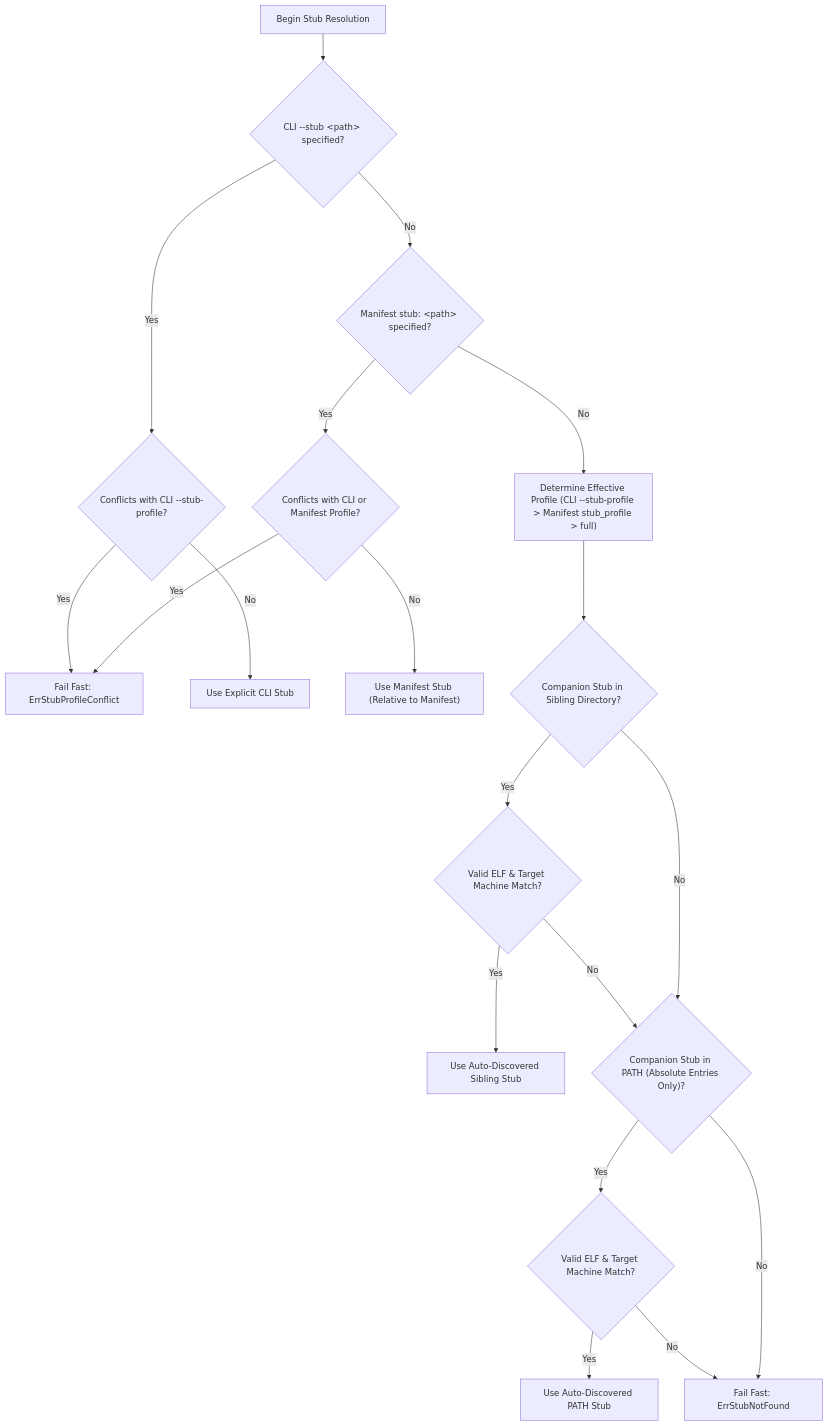
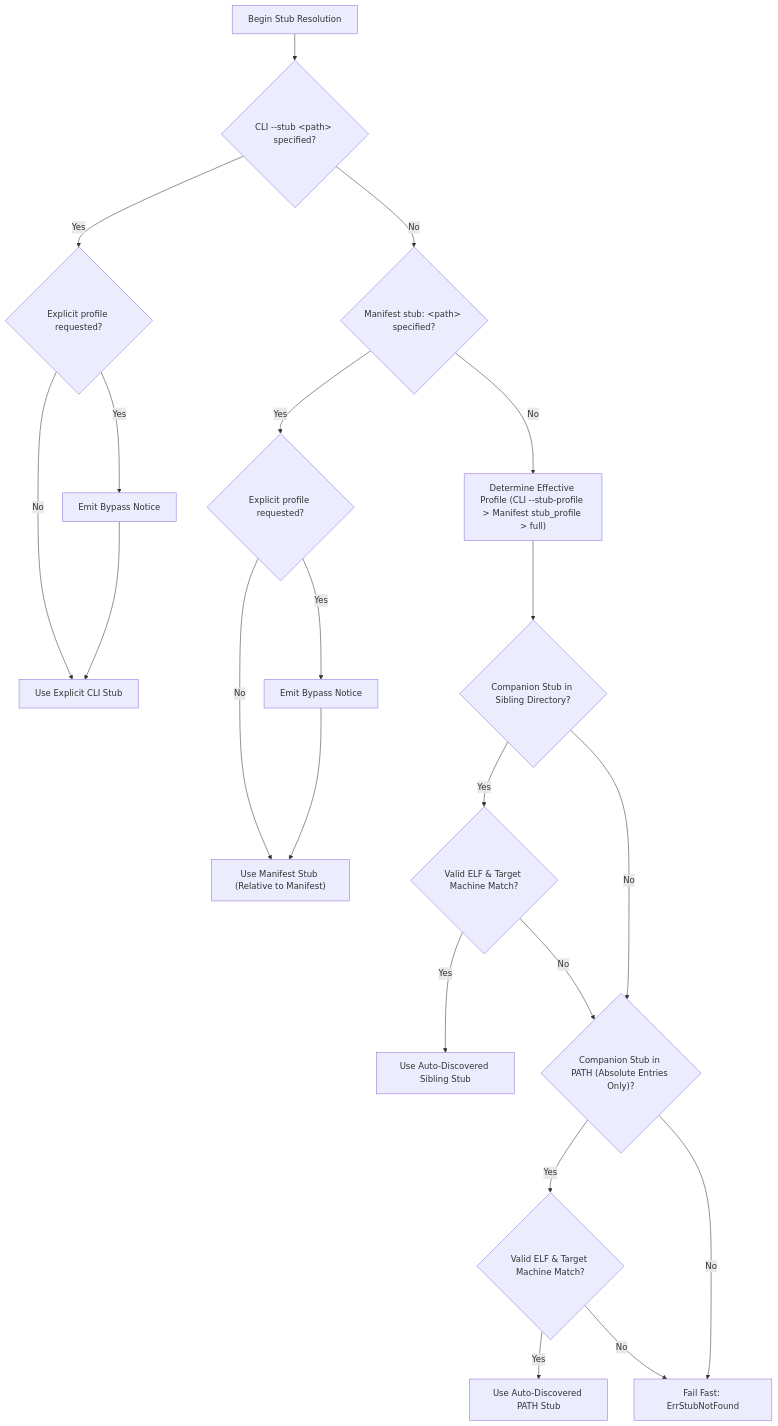
Before and after one commit to EpicBlackWolfZ/microfat: the first of 2 diagrams in docs/design/installation-discovery-contract.md, drawn with Mermaid. The commit also changed other lines of this file and 6 other files, not shown here.

First line of the commit message:
feat(pack): enforce unconditional explicit stub precedence and bounded candidate inspection

````diff
--- a/docs/design/installation-discovery-contract.md
+++ b/docs/design/installation-discovery-contract.md
@@ -55,25 +55,27 @@
 ```mermaid
 flowchart TD
     Start["Begin Stub Resolution"] --> CheckCLIStub{"CLI --stub &lt;path&gt; specified?"}
-    CheckCLIStub -- Yes --> ValCLIConflict{"Conflicts with CLI --stub-profile?"}
-    ValCLIConflict -- Yes --> ErrorConflict["Fail Fast: ErrStubProfileConflict"]
-    ValCLIConflict -- No --> RetCLI["Use Explicit CLI Stub"]
+    CheckCLIStub -- Yes --> CheckCLIProfile{"Explicit profile requested?"}
+    CheckCLIProfile -- Yes --> WarnCLI["Emit Bypass Notice"]
+    CheckCLIProfile -- No --> RetCLI["Use Explicit CLI Stub"]
+    WarnCLI --> RetCLI
     
     CheckCLIStub -- No --> CheckManifestStub{"Manifest stub: &lt;path&gt; specified?"}
-    CheckManifestStub -- Yes --> ValManConflict{"Conflicts with CLI or Manifest Profile?"}
-    ValManConflict -- Yes --> ErrorConflict
-    ValManConflict -- No --> RetManifest["Use Manifest Stub (Relative to Manifest)"]
+    CheckManifestStub -- Yes --> CheckManProfile{"Explicit profile requested?"}
+    CheckManProfile -- Yes --> WarnMan["Emit Bypass Notice"]
+    CheckManProfile -- No --> RetManifest["Use Manifest Stub (Relative to Manifest)"]
+    WarnMan --> RetManifest
     
     CheckManifestStub -- No --> DetermineProfile["Determine Effective Profile (CLI --stub-profile &gt; Manifest stub_profile &gt; full)"]
     DetermineProfile --> LookSibling{"Companion Stub in Sibling Directory?"}
     LookSibling -- Yes --> ValSiblingELF{"Valid ELF & Target Machine Match?"}
     ValSiblingELF -- Yes --> RetSibling["Use Auto-Discovered Sibling Stub"]
     ValSiblingELF -- No --> LookPATH
     
     LookSibling -- No --> LookPATH{"Companion Stub in PATH (Absolute Entries Only)?"}
     LookPATH -- Yes --> ValPATHELF{"Valid ELF & Target Machine Match?"}
     ValPATHELF -- Yes --> RetPATH["Use Auto-Discovered PATH Stub"]
     ValPATHELF -- No --> ErrorNotFound
     
     LookPATH -- No --> ErrorNotFound["Fail Fast: ErrStubNotFound"]
 ```
````
